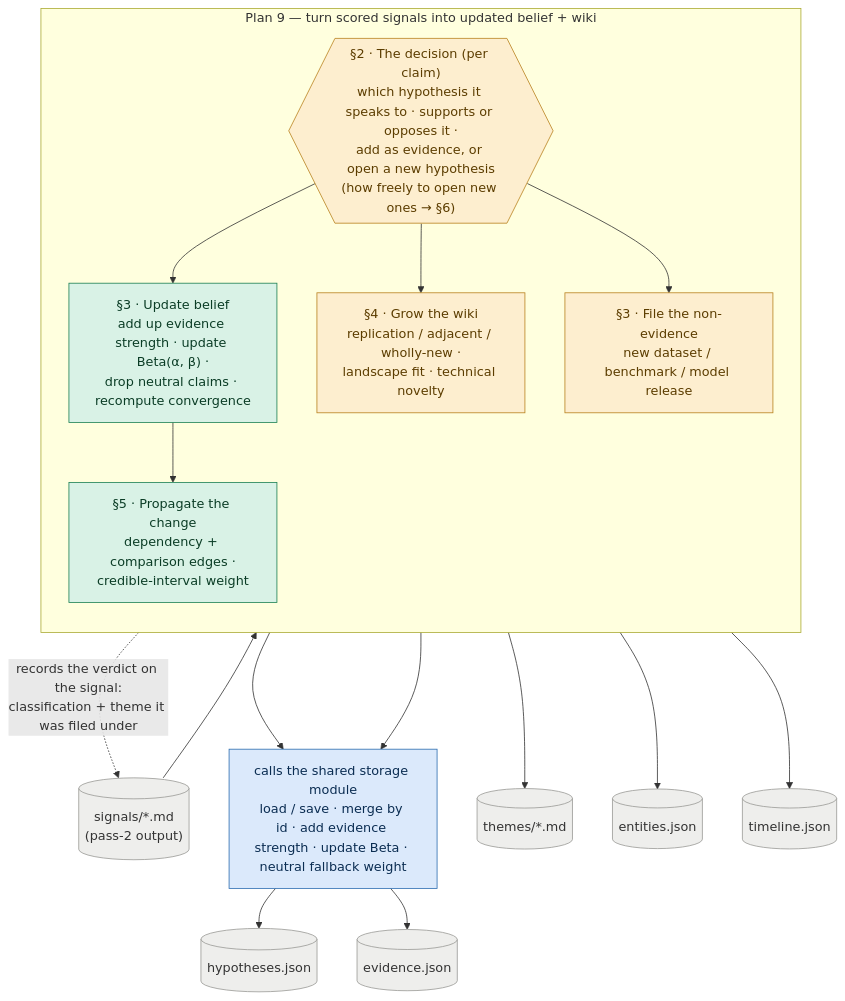
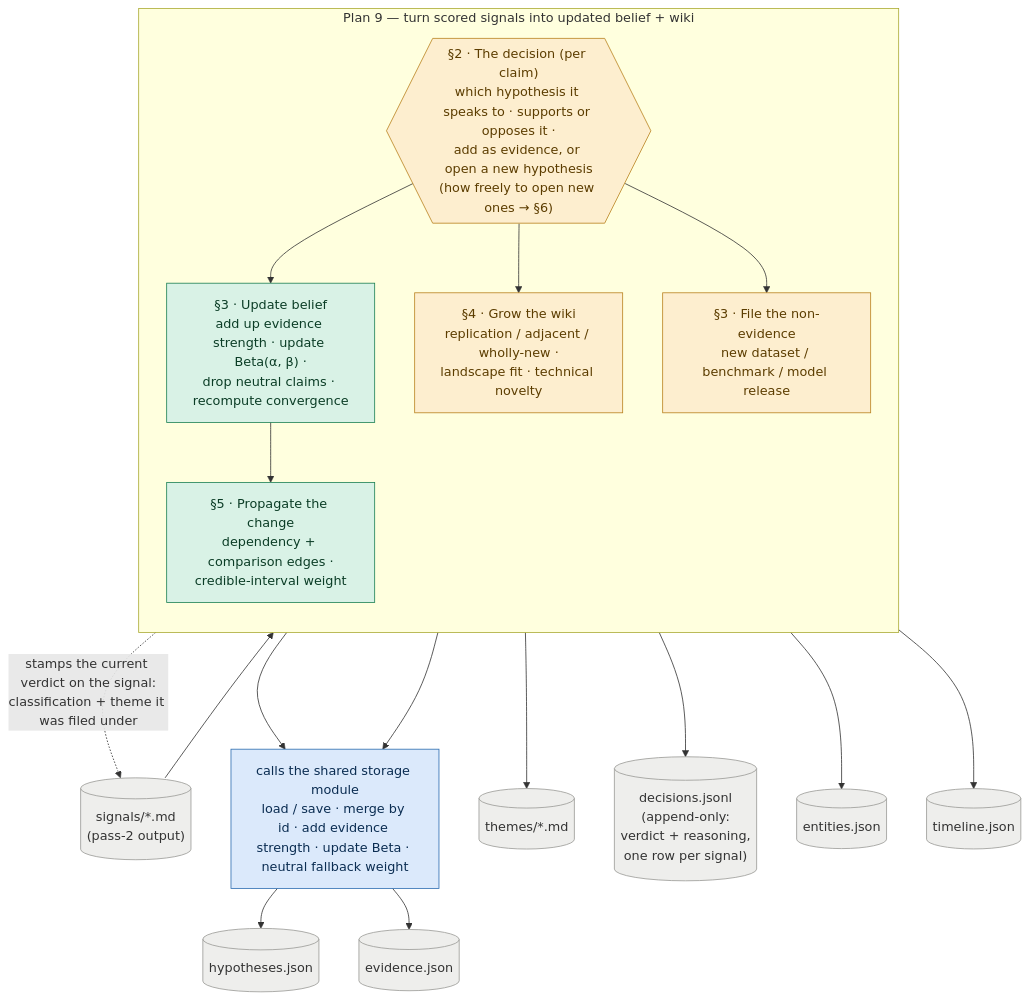
The diagram in docs/planning/backlog/9_knowledge_update_loop.md (jmamath/distill), drawn with Mermaid before and after one commit. The commit also changed other lines of this file, not shown here.

First line of the commit message:
Plan 9: add a central decisions.jsonl classification log

````diff
--- a/docs/planning/backlog/9_knowledge_update_loop.md
+++ b/docs/planning/backlog/9_knowledge_update_loop.md
@@ -17,35 +17,36 @@
 ```mermaid
 flowchart TB
     sig[("signals/*.md<br/>(pass-2 output)")]:::data
 
     subgraph p9["Plan 9 — turn scored signals into updated belief + wiki"]
         direction TB
         decide{{"§2 · The decision (per claim)<br/>which hypothesis it speaks to · supports or opposes it ·<br/>add as evidence, or open a new hypothesis<br/>(how freely to open new ones → §6)"}}:::llm
 
         belief["§3 · Update belief<br/>add up evidence strength · update Beta(α, β) ·<br/>drop neutral claims · recompute convergence"]:::det
         route["§3 · File the non-evidence<br/>new dataset / benchmark / model release"]:::llm
         wiki["§4 · Grow the wiki<br/>replication / adjacent / wholly-new ·<br/>landscape fit · technical novelty"]:::llm
         prop["§5 · Propagate the change<br/>dependency + comparison edges ·<br/>credible-interval weight"]:::det
     end
 
     store["calls the shared storage module<br/>load / save · merge by id · add evidence strength · update Beta · neutral fallback weight"]:::store
 
     sig --> decide
     decide --> belief & wiki & route
     belief --> prop
 
     belief --> store
     prop --> store
     store --> hyp[("hypotheses.json")]:::data
     store --> ev[("evidence.json")]:::data
 
     wiki --> themes[("themes/*.md")]:::data
-    wiki -. "records the verdict on the signal:<br/>classification + theme it was filed under" .-> sig
+    wiki --> dlog[("decisions.jsonl<br/>(append-only:<br/>verdict + reasoning,<br/>one row per signal)")]:::data
+    wiki -. "stamps the current verdict on the signal:<br/>classification + theme it was filed under" .-> sig
     route --> ent[("entities.json")]:::data
     route --> tl[("timeline.json")]:::data
 
     classDef llm fill:#fdeecf,stroke:#b9821f,color:#5c3d00;
     classDef det fill:#d9f2e6,stroke:#1a7f52,color:#0b3d26;
     classDef store fill:#dbe9fb,stroke:#2b6cb0,color:#0b2d52;
     classDef data fill:#eeeeec,stroke:#9a9a96,color:#333333;
 ```
````
